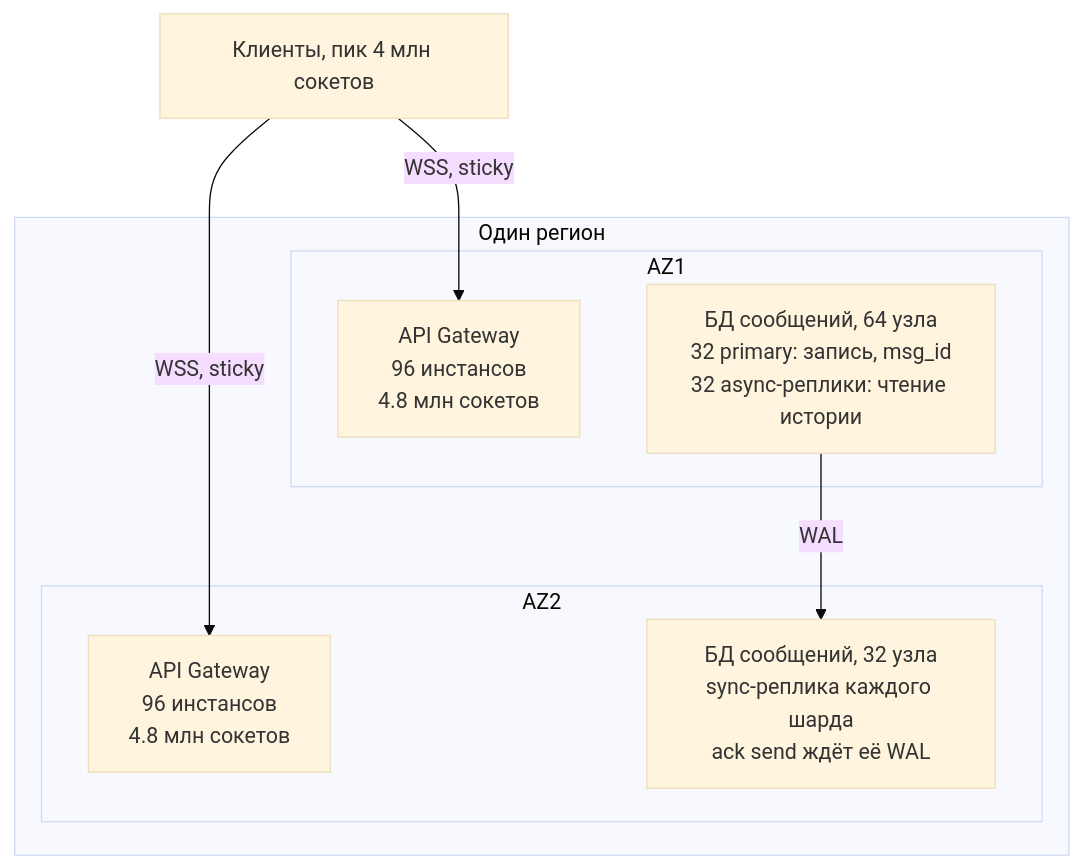
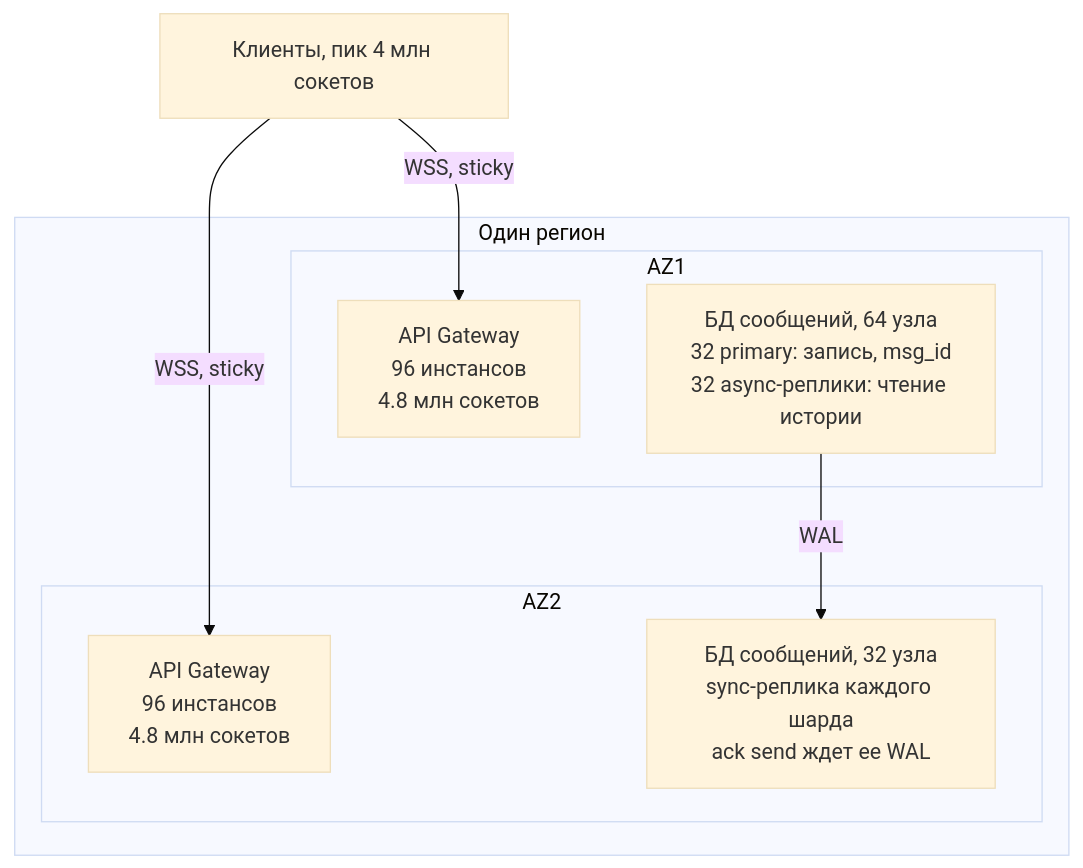
Before and after one commit to Gomozov/otus-systemdesign-homework: the fourth of 4 diagrams in hw_06/solution/README.md, drawn with Mermaid (base theme). The commit also changed other lines of this file, not shown here.

````diff
--- a/hw_06/solution/README.md
+++ b/hw_06/solution/README.md
@@ -598,20 +686,20 @@
 ```mermaid
 flowchart TB
   subgraph region["Один регион"]
     subgraph az1["AZ1"]
       gw1["API Gateway<br/>96 инстансов<br/>4.8 млн сокетов"]
       db1["БД сообщений, 64 узла<br/>32 primary: запись, msg_id<br/>32 async-реплики: чтение истории"]
     end
 
     subgraph az2["AZ2"]
       gw2["API Gateway<br/>96 инстансов<br/>4.8 млн сокетов"]
-      db2["БД сообщений, 32 узла<br/>sync-реплика каждого шарда<br/>ack send ждёт её WAL"]
+      db2["БД сообщений, 32 узла<br/>sync-реплика каждого шарда<br/>ack send ждет ее WAL"]
     end
   end
 
   user["Клиенты, пик 4 млн сокетов"]
 
   user -->|"WSS, sticky"| gw1
   user -->|"WSS, sticky"| gw2
   db1 -->|"WAL"| db2
 ```
````
